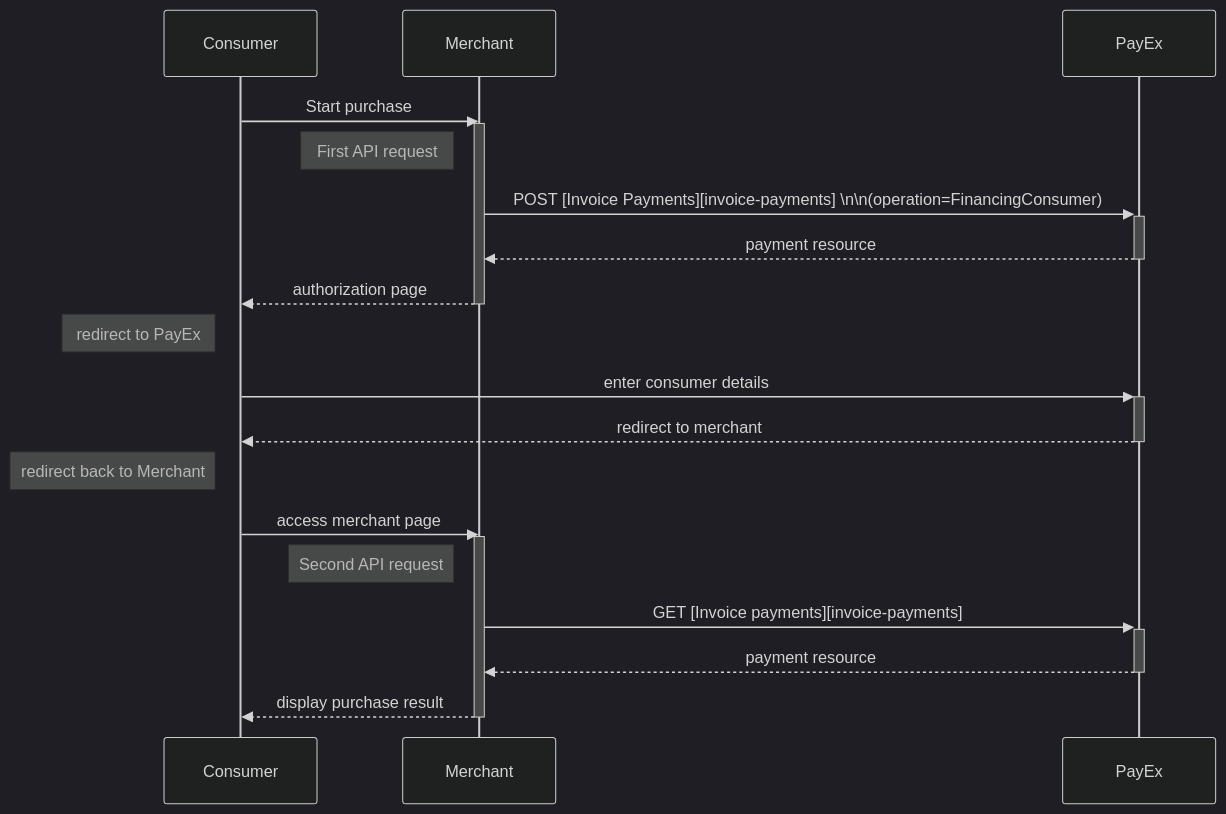
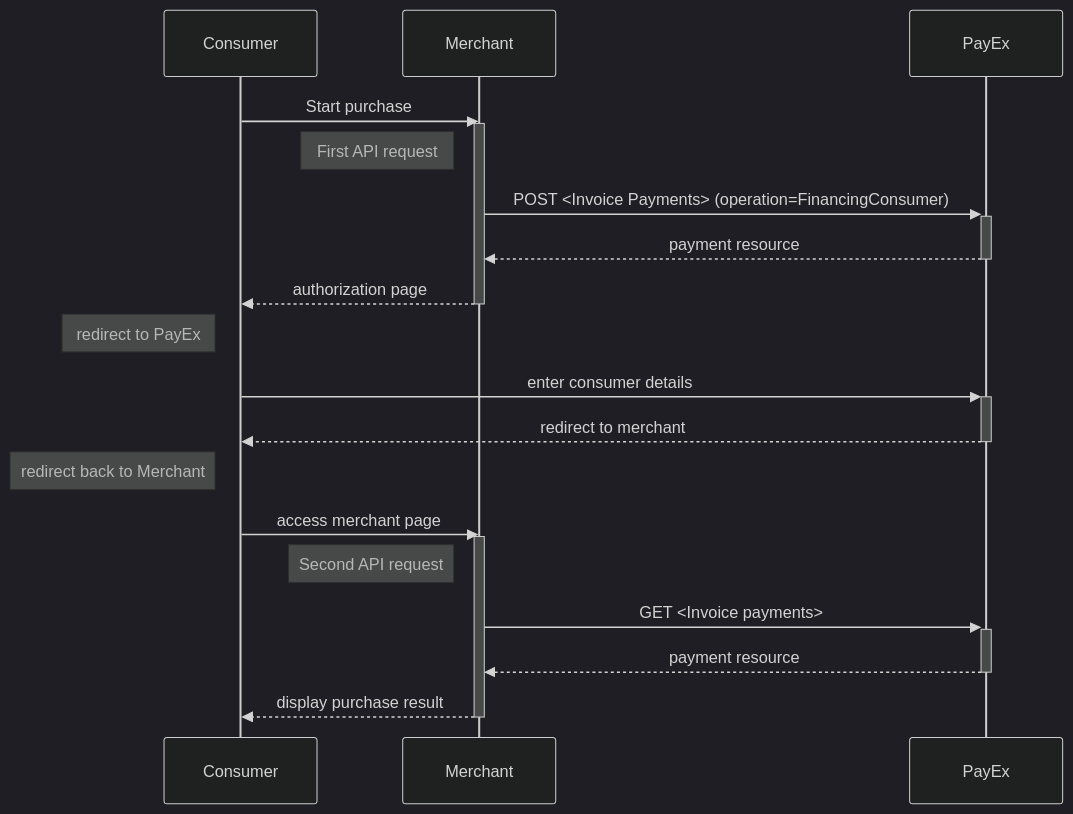
The sixth of 6 diagrams in payments/invoice/index.md (SwedbankPay/developer.swedbankpay.com), drawn with Mermaid (dark theme) before and after one commit. The commit also changed other lines of this file and 5 other files, not shown here.

````diff
--- a/payments/invoice/index.md
+++ b/payments/invoice/index.md
@@ -234,20 +318,20 @@
 ```mermaid
 sequenceDiagram
     Consumer->>Merchant: Start purchase
     Activate Merchant
     note left of Merchant: First API request 
-    Merchant->>+PayEx: POST [Invoice Payments][invoice-payments] \n\n(operation=FinancingConsumer)
+    Merchant->>+PayEx: POST <Invoice Payments> (operation=FinancingConsumer)
     PayEx-->>-Merchant: payment resource
     Merchant-->>-Consumer: authorization page
     note left of Consumer: redirect to PayEx
     Consumer->>+PayEx: enter consumer details
     PayEx-->>-Consumer: redirect to merchant
     note left of Consumer: redirect back to Merchant
     Consumer->>Merchant: access merchant page
     Activate Merchant
     note left of Merchant: Second API request
-    Merchant->>+PayEx: GET [Invoice payments][invoice-payments] 
+    Merchant->>+PayEx: GET <Invoice payments>
     PayEx-->>-Merchant: payment resource
     Merchant-->>Consumer: display purchase result
     Deactivate Merchant
 ```
````
